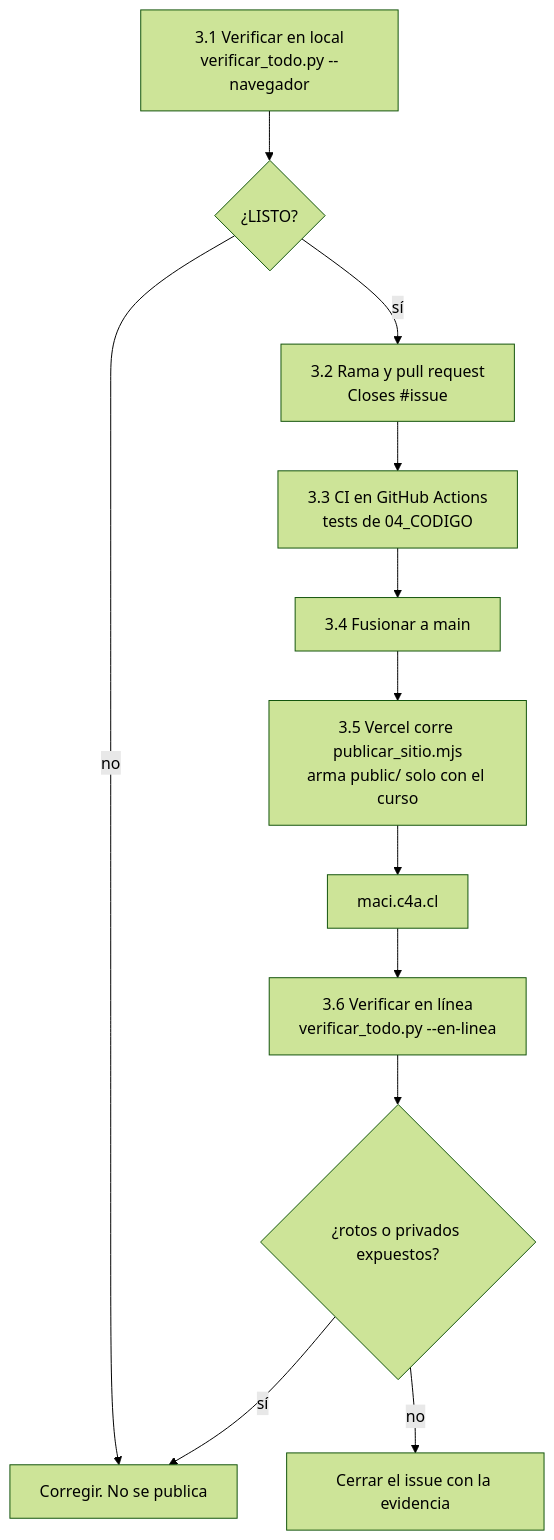
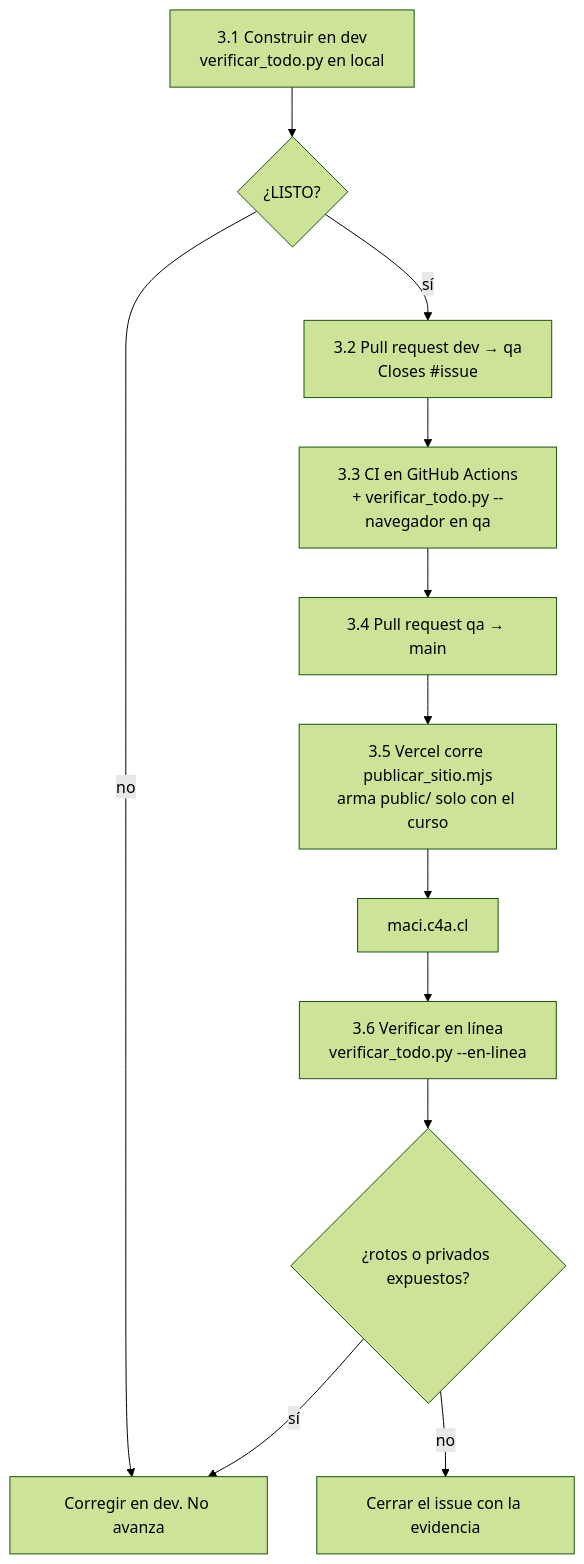
One commit to cherrera0001/MACI changed the fourth of 7 diagrams in docs/wiki/Procesos.md. Above: the diagram before and after it, drawn with Mermaid (forest theme). The commit also changed other lines of this file and 1 other file, not shown here.

Commit message:
gobernanza: tres ramas fijas dev -> qa -> main (decision del dueno)
Se termina con las ramas de feature. Se construye en dev, se prueba en qa
y main es produccion (Vercel). El CI corre en los PR hacia qa y main.

````diff
--- a/docs/wiki/Procesos.md
+++ b/docs/wiki/Procesos.md
@@ -66,14 +71,14 @@
 ```mermaid
 flowchart TD
-    A["3.1 Verificar en local<br/>verificar_todo.py --navegador"] --> B{"¿LISTO?"}
-    B -- no --> A0["Corregir. No se publica"]
-    B -- sí --> C["3.2 Rama y pull request<br/>Closes #issue"]
-    C --> D["3.3 CI en GitHub Actions<br/>tests de 04_CODIGO"]
-    D --> E["3.4 Fusionar a main"]
+    A["3.1 Construir en dev<br/>verificar_todo.py en local"] --> B{"¿LISTO?"}
+    B -- no --> A0["Corregir en dev. No avanza"]
+    B -- sí --> C["3.2 Pull request dev → qa<br/>Closes #issue"]
+    C --> D["3.3 CI en GitHub Actions<br/>+ verificar_todo.py --navegador en qa"]
+    D --> E["3.4 Pull request qa → main"]
     E --> F["3.5 Vercel corre publicar_sitio.mjs<br/>arma public/ solo con el curso"]
     F --> G["maci.c4a.cl"]
     G --> H["3.6 Verificar en línea<br/>verificar_todo.py --en-linea"]
     H --> I{"¿rotos o privados expuestos?"}
     I -- sí --> A0
     I -- no --> J["Cerrar el issue con la evidencia"]
 ```
````
